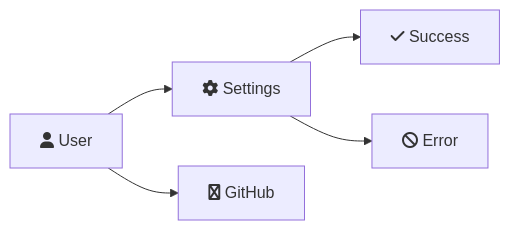
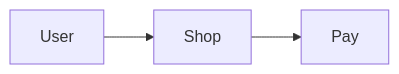
The fourth of 5 diagrams in docs/MDX/simple-banner/test.md (aerdman1/Erd-Docs), drawn with Mermaid before and after one commit. The commit also changed other lines of this file, not shown here.

````diff
--- a/docs/MDX/simple-banner/test.md
+++ b/docs/MDX/simple-banner/test.md
@@ -18,8 +39,7 @@
 ```mermaid
 flowchart LR
-    A[fa:fa-user  User] --> B[fa:fa-cog  Settings]
-    B --> C[fa:fa-check  Success]
-    B --> D[fa:fa-ban  Error]
-    A --> E[fa:fa-github  GitHub]
+  A[<span class="iconify" data-icon="bi:person-circle"></span> User] 
+    --> B[<span class="iconify" data-icon="bi:cart"></span> Shop] 
+    --> C[<span class="iconify" data-icon="bi:credit-card"></span> Pay]
 
 ```
````
